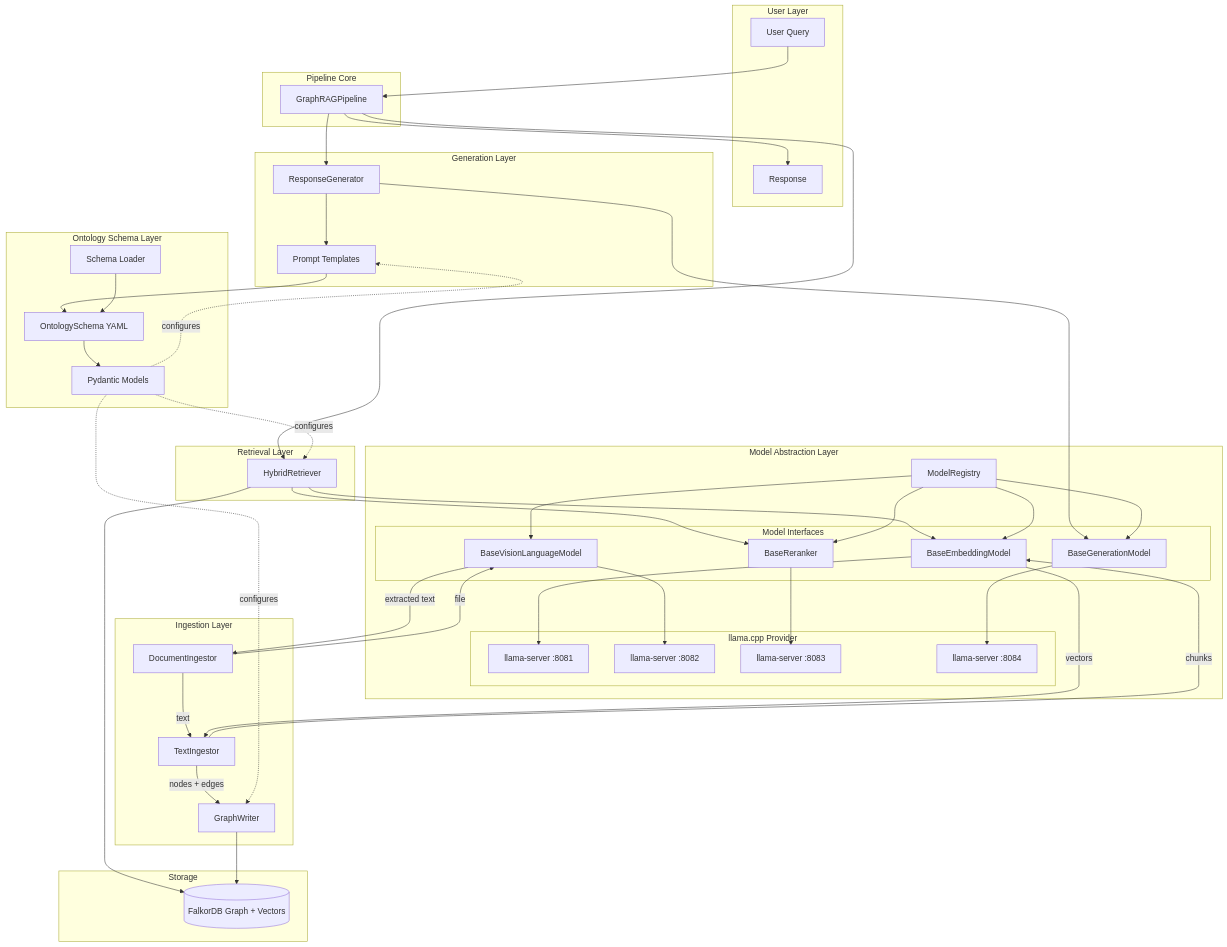
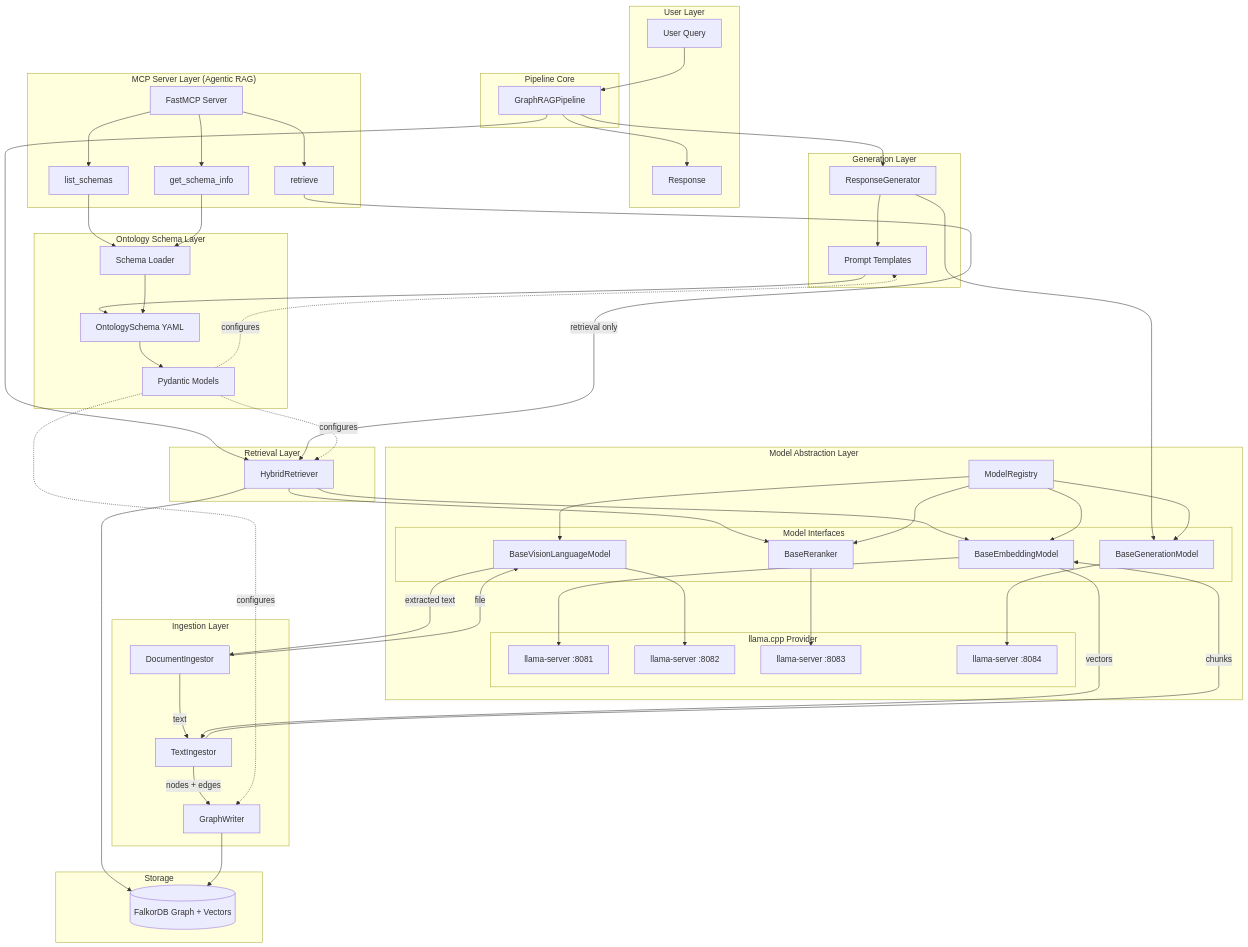
The first of 4 diagrams in README.md (ggarcia209/graph-rag-demo), drawn with Mermaid before and after one commit. The commit also changed other lines of this file and 8 other files, not shown here.

First line of the commit message:
feat: add MCP server layer for agentic RAG

```diff
--- a/README.md
+++ b/README.md
@@ -30,6 +32,13 @@
     subgraph UserLayer["User Layer"]
         Q["User Query"]
         R["Response"]
+    end
+
+    subgraph MCPLayer["MCP Server Layer (Agentic RAG)"]
+        MCP["FastMCP Server"]
+        MT1["retrieve"]
+        MT2["list_schemas"]
+        MT3["get_schema_info"]
     end
 
     subgraph PipelineCore["Pipeline Core"]
@@ -88,6 +97,11 @@
     PT --> S
     P --> R
 
+    MCP --> MT1 & MT2 & MT3
+    MT1 -->|retrieval only| HR
+    MT2 --> SL
+    MT3 --> SL
+
     DI -->|file| VLM
     VLM -->|extracted text| DI
     DI -->|text| TI
```
